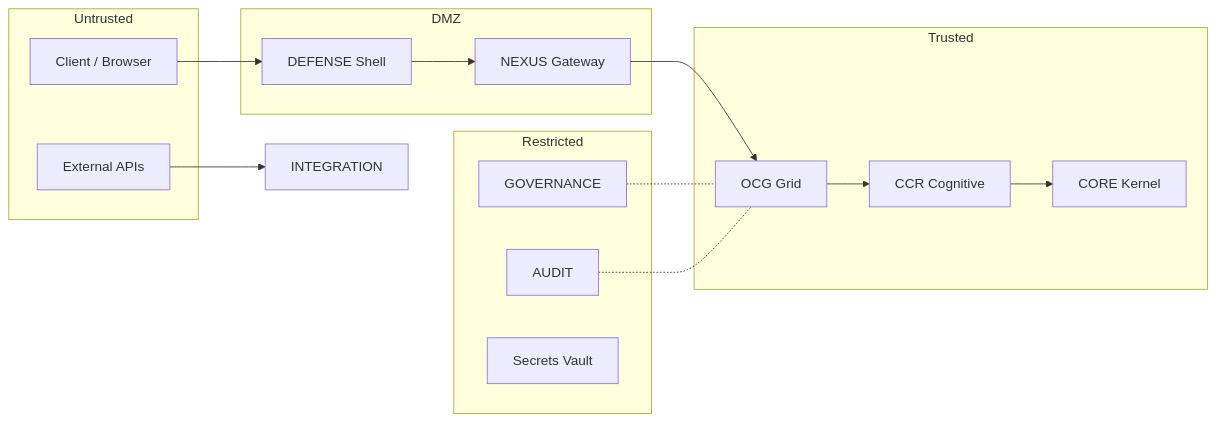
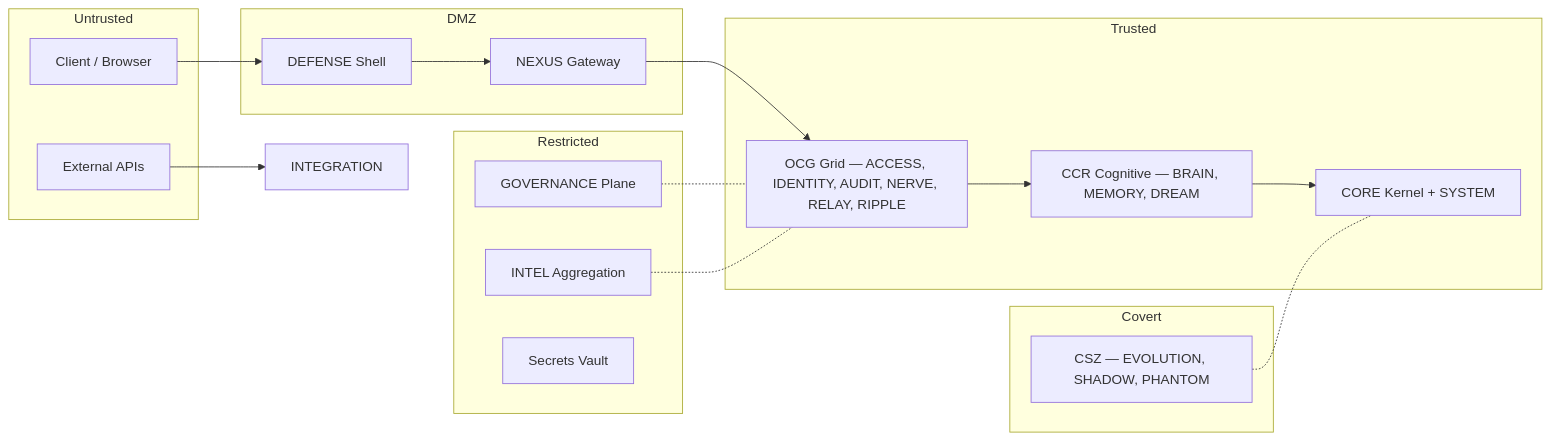
One commit to SweetKenneth/cmpsbl changed the diagram in docs/03-security/security-architecture.md. Above: the diagram before and after it, drawn with Mermaid. The commit also changed other lines of this file and 3 other files, not shown here.

````diff
--- a/docs/03-security/security-architecture.md
+++ b/docs/03-security/security-architecture.md
@@ -16,33 +18,38 @@
 ```mermaid
 graph LR
     subgraph Untrusted
         CLIENT[Client / Browser]
         EXTAPI[External APIs]
     end
 
     subgraph DMZ
         DEFENSE_Z[DEFENSE Shell]
         NEXUS_Z[NEXUS Gateway]
     end
 
     subgraph Trusted
-        OCG_Z[OCG Grid]
-        CCR_Z[CCR Cognitive]
-        CORE_Z[CORE Kernel]
+        OCG_Z[OCG Grid — ACCESS, IDENTITY, AUDIT, NERVE, RELAY, RIPPLE]
+        CCR_Z[CCR Cognitive — BRAIN, MEMORY, DREAM]
+        CORE_Z[CORE Kernel + SYSTEM]
+    end
+
+    subgraph Covert
+        CSZ_Z[CSZ — EVOLUTION, SHADOW, PHANTOM]
     end
 
     subgraph Restricted
-        GOVERNANCE_Z[GOVERNANCE]
-        AUDIT_Z[AUDIT]
+        GOVERNANCE_Z[GOVERNANCE Plane]
+        INTEL_Z[INTEL Aggregation]
         SECRETS[Secrets Vault]
     end
 
     CLIENT --> DEFENSE_Z
     DEFENSE_Z --> NEXUS_Z
     NEXUS_Z --> OCG_Z
     OCG_Z --> CCR_Z
     CCR_Z --> CORE_Z
     GOVERNANCE_Z -.- OCG_Z
-    AUDIT_Z -.- OCG_Z
+    INTEL_Z -.- OCG_Z
+    CSZ_Z -.- CORE_Z
     EXTAPI --> INTEGRATION
 ```
````
